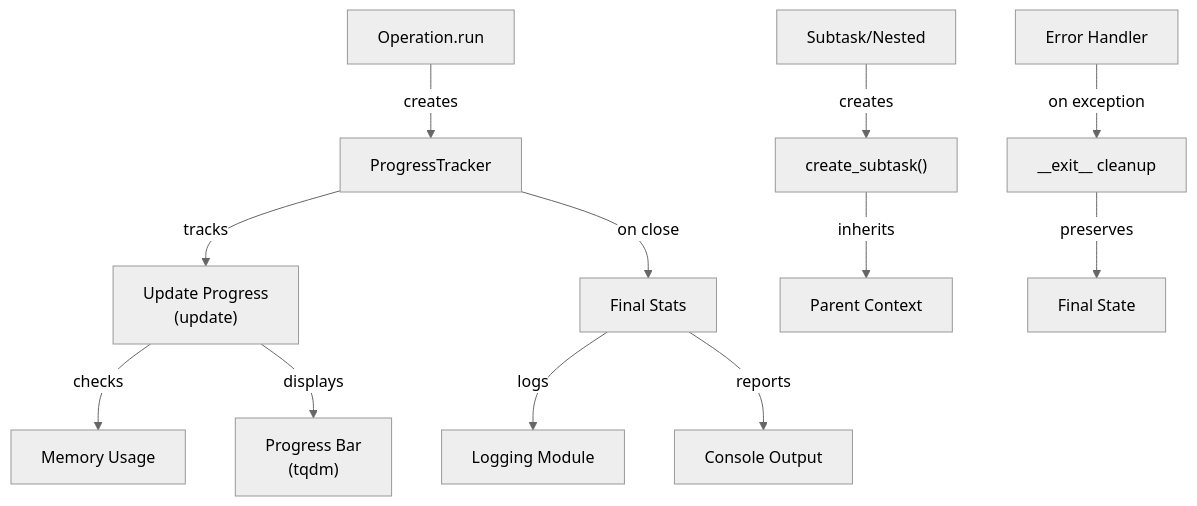
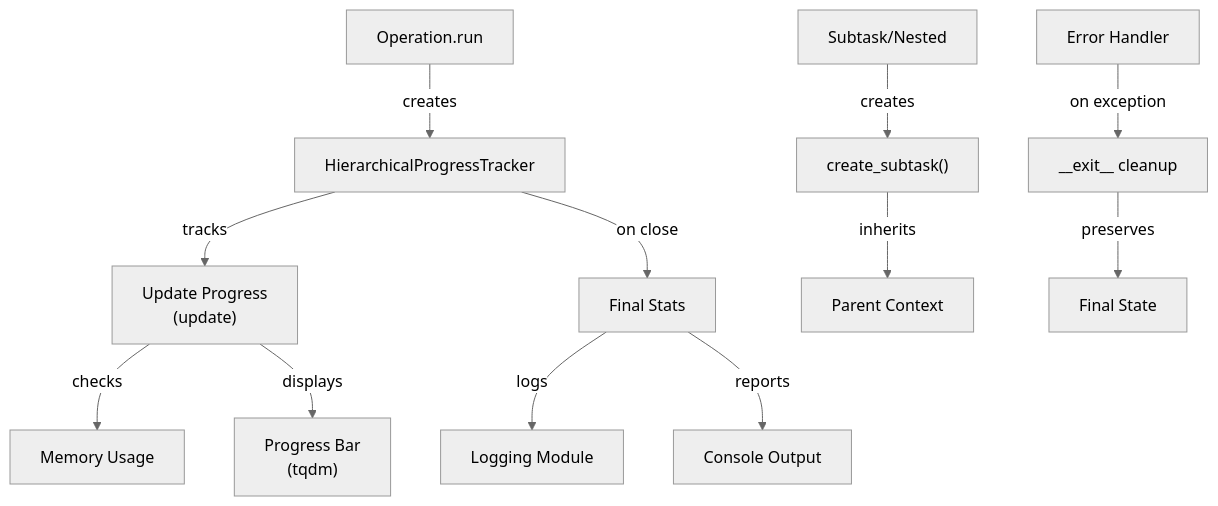
The diagram in docs/en/core/utils/progress.md (DGT-Network/PAMOLA), drawn with Mermaid (neutral theme) before and after one commit. The commit also changed other lines of this file and 232 other files, not shown here.

````diff
--- a/docs/en/core/utils/progress.md
+++ b/docs/en/core/utils/progress.md
@@ -86,17 +86,17 @@
 ```mermaid
 flowchart TD
-    A[Operation.run] -->|creates| B[ProgressTracker]
+    A[Operation.run] -->|creates| B[HierarchicalProgressTracker]
     B -->|tracks| C["Update Progress<br/>(update)"]
     C -->|checks| D["Memory Usage"]
     C -->|displays| E["Progress Bar<br/>(tqdm)"]
 
     F[Subtask/Nested] -->|creates| G["create_subtask()"]
     G -->|inherits| H["Parent Context"]
 
     B -->|on close| I["Final Stats"]
     I -->|logs| J["Logging Module"]
     I -->|reports| K["Console Output"]
 
     L[Error Handler] -->|on exception| M["__exit__ cleanup"]
     M -->|preserves| N["Final State"]
 ```
````
